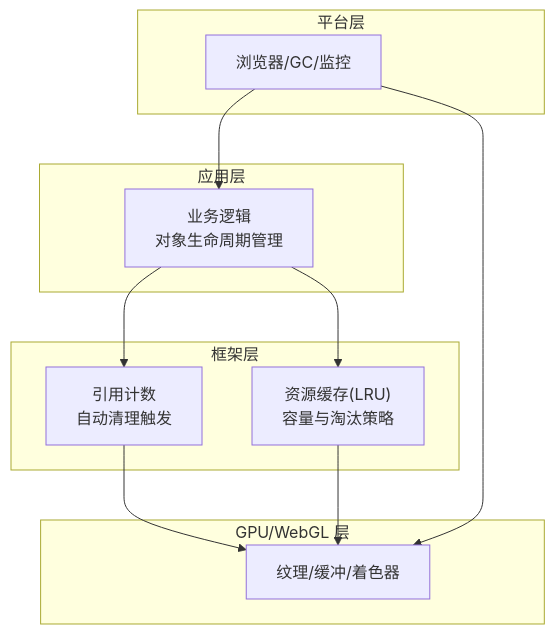
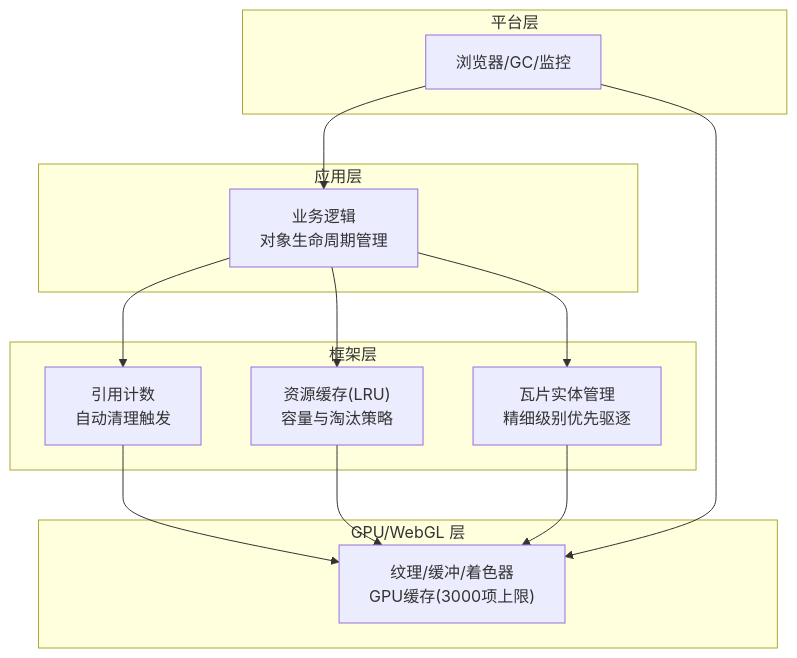
One commit to rzhangjing/cesium changed the second of 6 diagrams in .qoder/repowiki/zh/content/性能优化/内存管理/内存管理.md. Above: the diagram before and after it, drawn with Mermaid. The commit also changed other lines of this file and 61 other files, not shown here.

First line of the commit message:
修改地图晃动BUG

````diff
--- a/.qoder/repowiki/zh/content/性能优化/内存管理/内存管理.md
+++ b/.qoder/repowiki/zh/content/性能优化/内存管理/内存管理.md
@@ -69,22 +82,25 @@
 ```mermaid
 graph TB
 subgraph "应用层"
 App["业务逻辑<br/>对象生命周期管理"]
 end
 subgraph "框架层"
 Cache["资源缓存(LRU)<br/>容量与淘汰策略"]
 RefCnt["引用计数<br/>自动清理触发"]
+TileMgr["瓦片实体管理<br/>精细级别优先驱逐"]
 end
 subgraph "GPU/WebGL 层"
-GL["纹理/缓冲/着色器"]
+GL["纹理/缓冲/着色器<br/>GPU缓存(3000项上限)"]
 end
 subgraph "平台层"
 Browser["浏览器/GC/监控"]
 end
 App --> Cache
 App --> RefCnt
+App --> TileMgr
 RefCnt --> GL
 Cache --> GL
+TileMgr --> GL
 Browser --> App
 Browser --> GL
 ```
````
